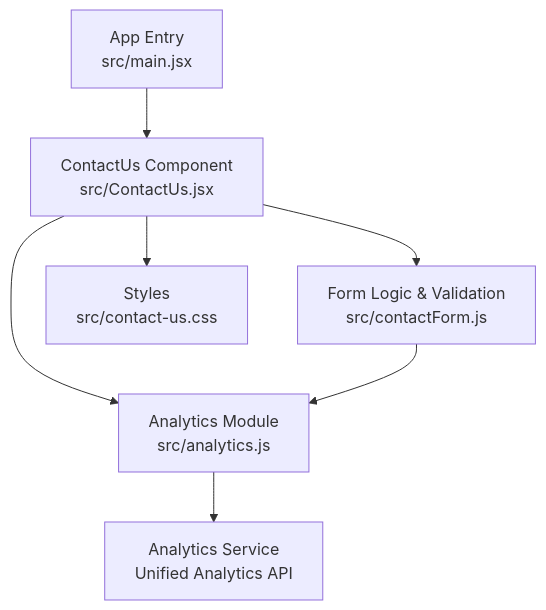
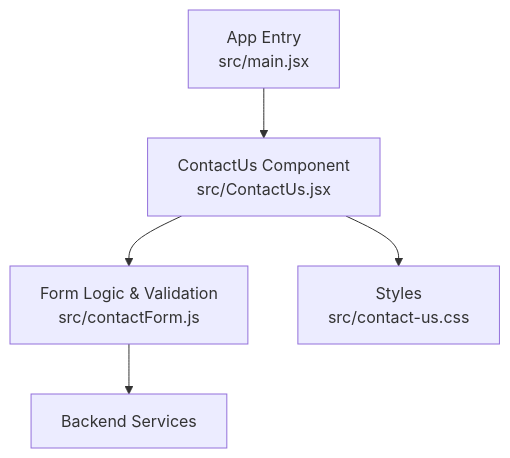
Before and after one commit to Theja4/podiummomentum: the first of 3 diagrams in .qoder/repowiki/en/content/Component Architecture/Contact System Components.md, drawn with Mermaid. The commit also changed other lines of this file and 35 other files, not shown here.

````diff
--- a/.qoder/repowiki/en/content/Component Architecture/Contact System Components.md
+++ b/.qoder/repowiki/en/content/Component Architecture/Contact System Components.md
@@ -47,9 +46,7 @@
 ```mermaid
 graph TB
 A["App Entry<br/>src/main.jsx"] --> B["ContactUs Component<br/>src/ContactUs.jsx"]
 B --> C["Form Logic & Validation<br/>src/contactForm.js"]
 B --> D["Styles<br/>src/contact-us.css"]
-B --> E["Analytics Module<br/>src/analytics.js"]
-C --> E
-E --> F["Analytics Service<br/>Unified Analytics API"]
+C --> E["Backend Services"]
 ```
````
